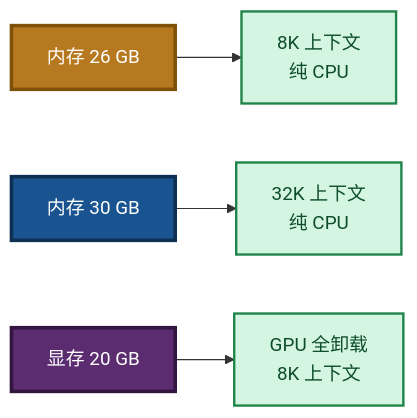
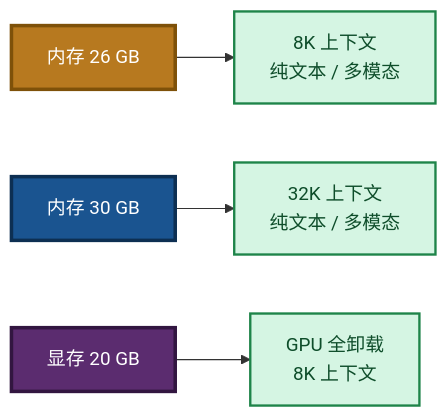
One commit to PassByYou888/LingoFuse-pasAgent-v3 changed diagram 14 of 16 in NVIDIA-Nemotron-3-Nano-Omni-30B-A3B-Reasoning-UD-IQ4_XS.md. Above: the diagram before and after it, drawn with Mermaid. The commit also changed other lines of this file, not shown here.

````diff
--- a/NVIDIA-Nemotron-3-Nano-Omni-30B-A3B-Reasoning-UD-IQ4_XS.md
+++ b/NVIDIA-Nemotron-3-Nano-Omni-30B-A3B-Reasoning-UD-IQ4_XS.md
@@ -702,13 +790,13 @@
 ```mermaid
 flowchart LR
-    A["内存 26 GB"] --> A1["8K 上下文<br/>纯 CPU"]
-    B["内存 30 GB"] --> B1["32K 上下文<br/>纯 CPU"]
+    A["内存 26 GB"] --> A1["8K 上下文<br/>纯文本 / 多模态"]
+    B["内存 30 GB"] --> B1["32K 上下文<br/>纯文本 / 多模态"]
     C["显存 20 GB"] --> C1["GPU 全卸载<br/>8K 上下文"]
 
     style A fill:#B7791F,stroke:#7E5109,stroke-width:3px,color:#FFFFFF
     style B fill:#1A5490,stroke:#0D2F52,stroke-width:3px,color:#FFFFFF
     style C fill:#5B2C6F,stroke:#321640,stroke-width:3px,color:#FFFFFF
     style A1 fill:#D5F5E3,stroke:#1E8449,stroke-width:2px,color:#0E4D2A
     style B1 fill:#D5F5E3,stroke:#1E8449,stroke-width:2px,color:#0E4D2A
     style C1 fill:#D5F5E3,stroke:#1E8449,stroke-width:2px,color:#0E4D2A
 ```
````
